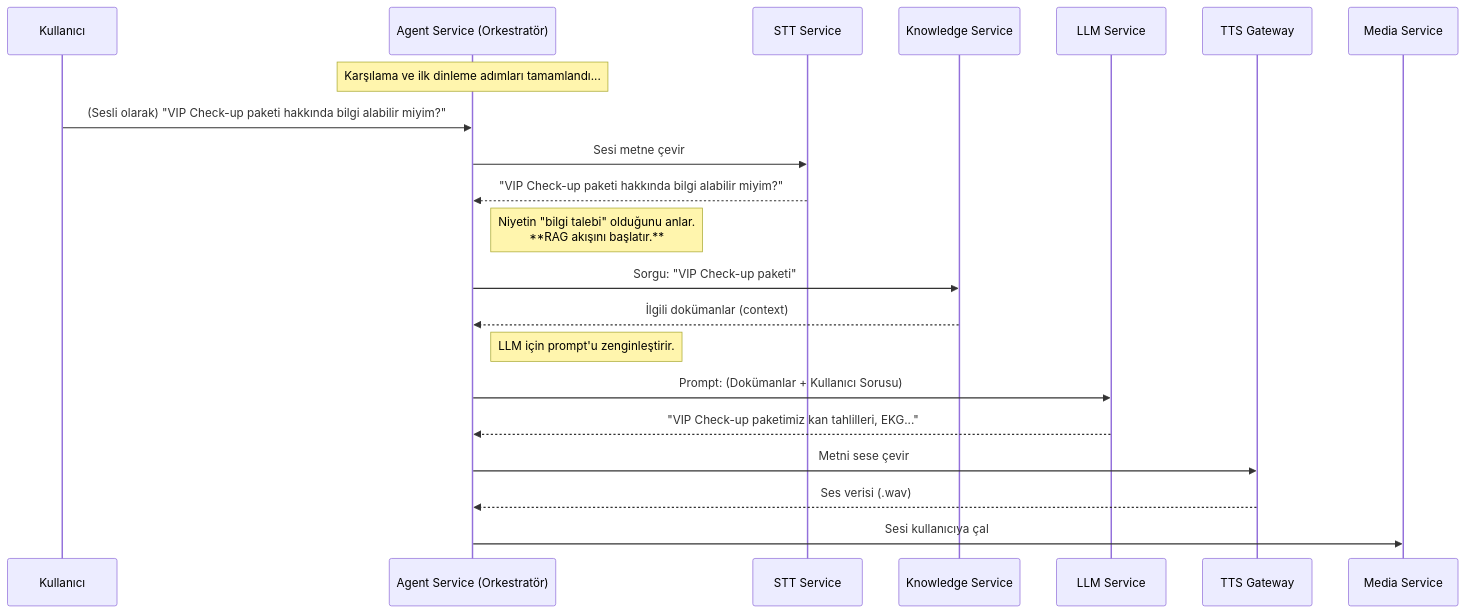
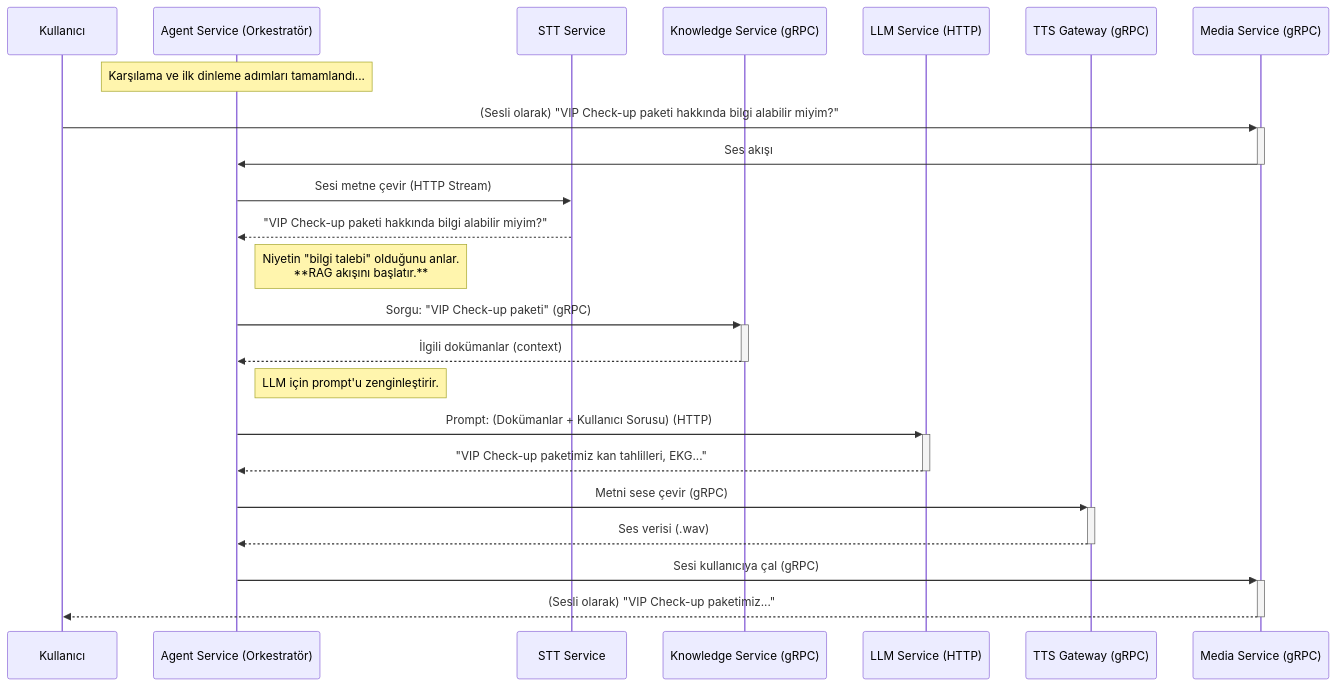
One commit to sentiric/sentiric-agent-service changed the diagram in LOGIC.md. Above: the diagram before and after it, drawn with Mermaid. The commit also changed other lines of this file and 2 other files, not shown here.

Commit message:
docs: Update architecture diagrams and service interactions for RAG
This commit updates key documentation files (TASKS.md, LOGIC.md, README.md)
to reflect the recently implemented RAG (Retrieval-Augmented Generation)
feature and the modular service-layer architecture.

Key changes include:
- **LOGIC.md:** The sequence diagram for the end-to-end dialog flow has
  been updated to include the new `knowledge-service` gRPC call. This
  visually represents how the agent now queries the knowledge base before
  generating a response with the LLM.
- **README.md:** The "API Interactions" section has been updated to
  formally include `sentiric-knowledge-service` in the list of outgoing
  gRPC clients, clarifying its role in the architecture.
- **TASKS.md:** The RAG task (`AGENT-RAG-01`) has been marked as completed,
  and new forward-looking tasks (`AGENT-FEAT-02`, `AGENT-FEAT-03`, etc.)
  have been added to the "Future Vision" section to outline the next
  steps in enhancing the agent's intelligence.

These updates ensure that the documentation is synchronized with the
current state of the codebase, providing a clear and accurate overview
of the service's capabilities and architecture.

````diff
--- a/LOGIC.md
+++ b/LOGIC.md
@@ -32,32 +32,34 @@
 ```mermaid
 sequenceDiagram
     participant User as Kullanıcı
     participant AgentService as Agent Service (Orkestratör)
     participant STTService as STT Service
-    participant KnowledgeService as Knowledge Service
-    participant LLMService as LLM Service
-    participant TTSGateway as TTS Gateway
-    participant MediaService as Media Service
+    participant KnowledgeService as Knowledge Service (gRPC)
+    participant LLMService as LLM Service (HTTP)
+    participant TTSGateway as TTS Gateway (gRPC)
+    participant MediaService as Media Service (gRPC)
 
     Note over AgentService: Karşılama ve ilk dinleme adımları tamamlandı...
 
-    User->>AgentService: (Sesli olarak) "VIP Check-up paketi hakkında bilgi alabilir miyim?"
+    User->>+MediaService: (Sesli olarak) "VIP Check-up paketi hakkında bilgi alabilir miyim?"
+    MediaService->>-AgentService: Ses akışı
 
-    AgentService->>STTService: Sesi metne çevir
+    AgentService->>STTService: Sesi metne çevir (HTTP Stream)
     STTService-->>AgentService: "VIP Check-up paketi hakkında bilgi alabilir miyim?"
 
     Note right of AgentService: Niyetin "bilgi talebi" olduğunu anlar. <br> **RAG akışını başlatır.**
     
-    AgentService->>KnowledgeService: Sorgu: "VIP Check-up paketi"
-    KnowledgeService-->>AgentService: İlgili dokümanlar (context)
+    AgentService->>+KnowledgeService: Sorgu: "VIP Check-up paketi" (gRPC)
+    KnowledgeService-->>-AgentService: İlgili dokümanlar (context)
 
     Note right of AgentService: LLM için prompt'u zenginleştirir.
 
-    AgentService->>LLMService: Prompt: (Dokümanlar + Kullanıcı Sorusu)
-    LLMService-->>AgentService: "VIP Check-up paketimiz kan tahlilleri, EKG..."
+    AgentService->>+LLMService: Prompt: (Dokümanlar + Kullanıcı Sorusu) (HTTP)
+    LLMService-->>-AgentService: "VIP Check-up paketimiz kan tahlilleri, EKG..."
     
-    AgentService->>TTSGateway: Metni sese çevir
-    TTSGateway-->>AgentService: Ses verisi (.wav)
+    AgentService->>+TTSGateway: Metni sese çevir (gRPC)
+    TTSGateway-->>-AgentService: Ses verisi (.wav)
 
-    AgentService->>MediaService: Sesi kullanıcıya çal
+    AgentService->>+MediaService: Sesi kullanıcıya çal (gRPC)
+    MediaService-->>-User: (Sesli olarak) "VIP Check-up paketimiz..."
 ```
````
